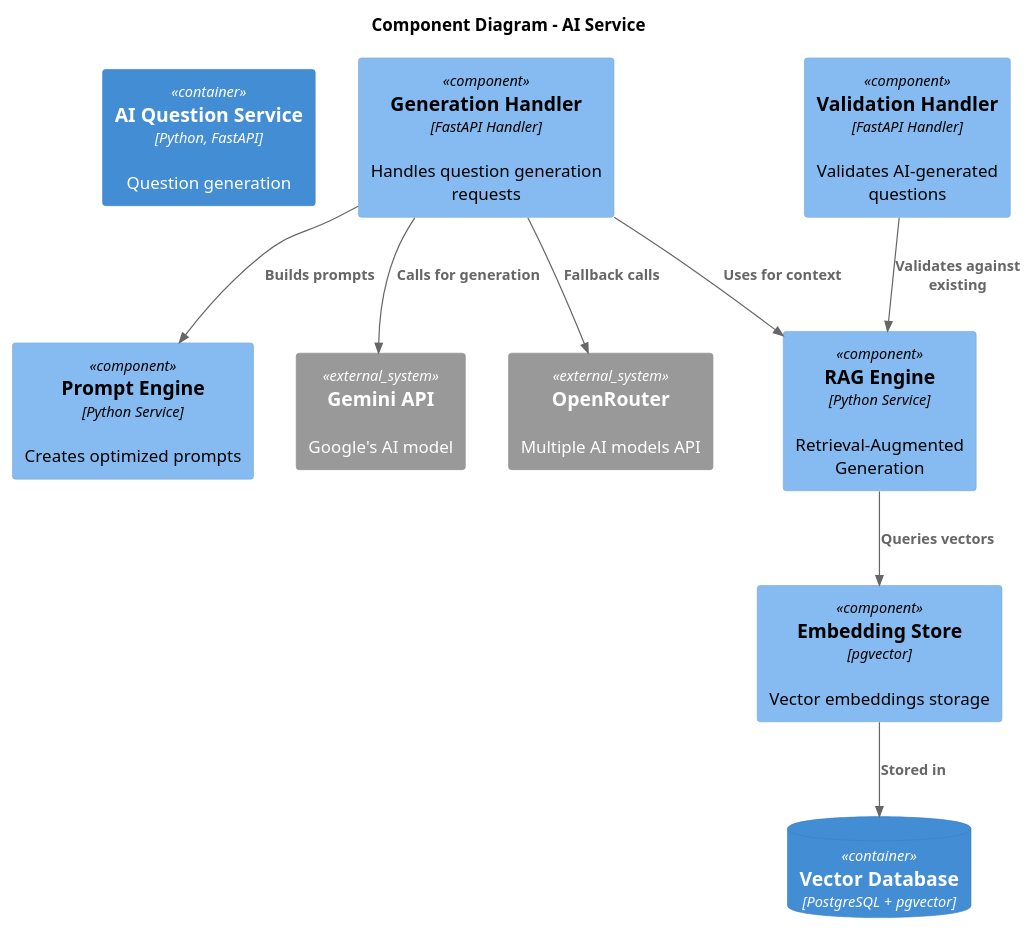
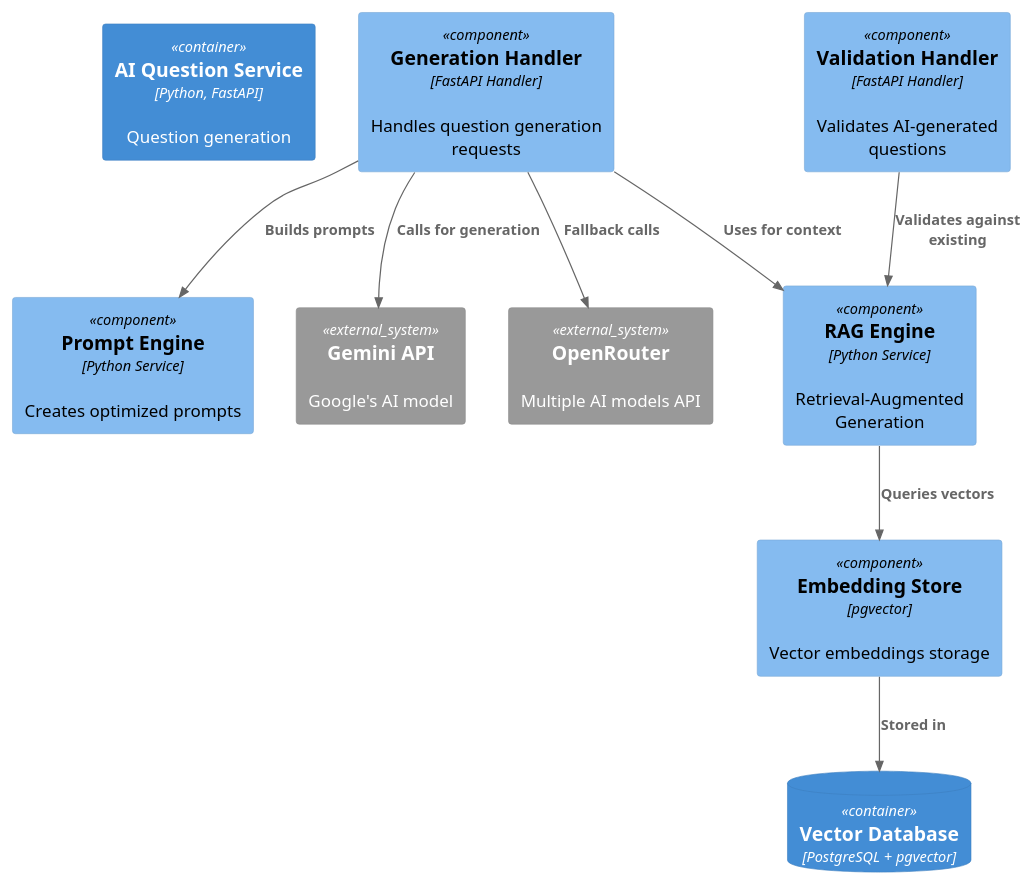
The diagram in docs/architecture/diagrams/level3-ai.puml (dmsus/easyHire), drawn with PlantUML before and after one commit. The commit also changed 4 other files, not shown here.

```diff
--- a/docs/architecture/diagrams/level3-ai.puml
+++ b/docs/architecture/diagrams/level3-ai.puml
@@ -1,30 +1,28 @@
-@startuml
-!include https://raw.githubusercontent.com/plantuml-stdlib/C4-PlantUML/master/C4_Component.puml
-
-title Component Diagram - AI Service
+@startuml c4_level3_ai
+!includeurl https://raw.githubusercontent.com/plantuml-stdlib/C4-PlantUML/master/C4_Component.puml
 
 Container(ai_service, "AI Question Service", "Python, FastAPI", "Question generation")
 
 Component(generation_handler, "Generation Handler", "FastAPI Handler", "Handles question generation requests")
 Component(validation_handler, "Validation Handler", "FastAPI Handler", "Validates AI-generated questions")
 Component(rag_engine, "RAG Engine", "Python Service", "Retrieval-Augmented Generation")
 Component(prompt_engine, "Prompt Engine", "Python Service", "Creates optimized prompts")
 
 ContainerDb(vector_db, "Vector Database", "PostgreSQL + pgvector")
 
 Component(embedding_store, "Embedding Store", "pgvector", "Vector embeddings storage")
 
 System_Ext(gemini, "Gemini API", "Google's AI model")
 System_Ext(openrouter, "OpenRouter", "Multiple AI models API")
 
 Rel(generation_handler, rag_engine, "Uses for context")
 Rel(generation_handler, prompt_engine, "Builds prompts")
 Rel(validation_handler, rag_engine, "Validates against existing")
 
 Rel(generation_handler, gemini, "Calls for generation")
 Rel(generation_handler, openrouter, "Fallback calls")
 
 Rel(rag_engine, embedding_store, "Queries vectors")
 Rel(embedding_store, vector_db, "Stored in")
 
 @enduml
```
